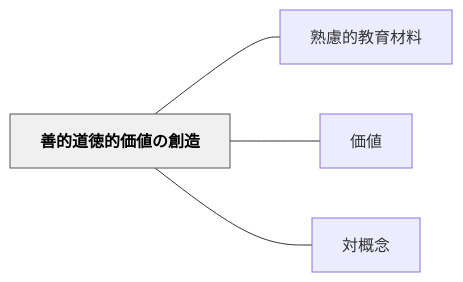
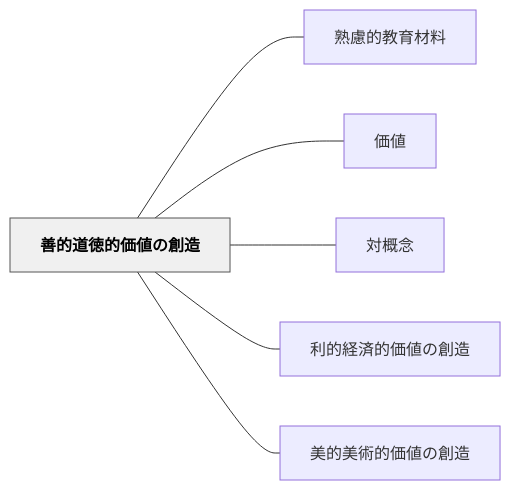
The diagram in content/パタン/善的道徳的価値の創造.md (unknownthings-ed-patterns/unknownthings-ed-patterns), drawn with Mermaid before and after one commit. The commit also changed other lines of this file and 44 other files, not shown here.

````diff
--- a/content/パタン/善的道徳的価値の創造.md
+++ b/content/パタン/善的道徳的価値の創造.md
@@ -44,14 +50,18 @@
 ```mermaid
 flowchart LR
     ne59684e79a84e98193e5beb3e79a84e4bea1e580a4e381aee589b5e980a0["善的道徳的価値の創造"]
     ne7869fe685aee79a84e69599e882b2e69d90e69699["熟慮的教育材料"]
     ne4bea1e580a4["価値"]
     ne5afbee6a682e5bfb5["対概念"]
+    ne588a9e79a84e7b58ce6b888e79a84e4bea1e580a4e381aee589b5e980a0["利的経済的価値の創造"]
+    ne7be8ee79a84e7be8ee8a193e79a84e4bea1e580a4e381aee589b5e980a0["美的美術的価値の創造"]
 
     ne59684e79a84e98193e5beb3e79a84e4bea1e580a4e381aee589b5e980a0 --- ne7869fe685aee79a84e69599e882b2e69d90e69699
     ne59684e79a84e98193e5beb3e79a84e4bea1e580a4e381aee589b5e980a0 --- ne4bea1e580a4
     ne59684e79a84e98193e5beb3e79a84e4bea1e580a4e381aee589b5e980a0 --- ne5afbee6a682e5bfb5
+    ne59684e79a84e98193e5beb3e79a84e4bea1e580a4e381aee589b5e980a0 --- ne588a9e79a84e7b58ce6b888e79a84e4bea1e580a4e381aee589b5e980a0
+    ne59684e79a84e98193e5beb3e79a84e4bea1e580a4e381aee589b5e980a0 --- ne7be8ee79a84e7be8ee8a193e79a84e4bea1e580a4e381aee589b5e980a0
 
     classDef hub fill:#f0f0f0,stroke:#555,color:#000,font-weight:bold
     class ne59684e79a84e98193e5beb3e79a84e4bea1e580a4e381aee589b5e980a0 hub
 ```
````
